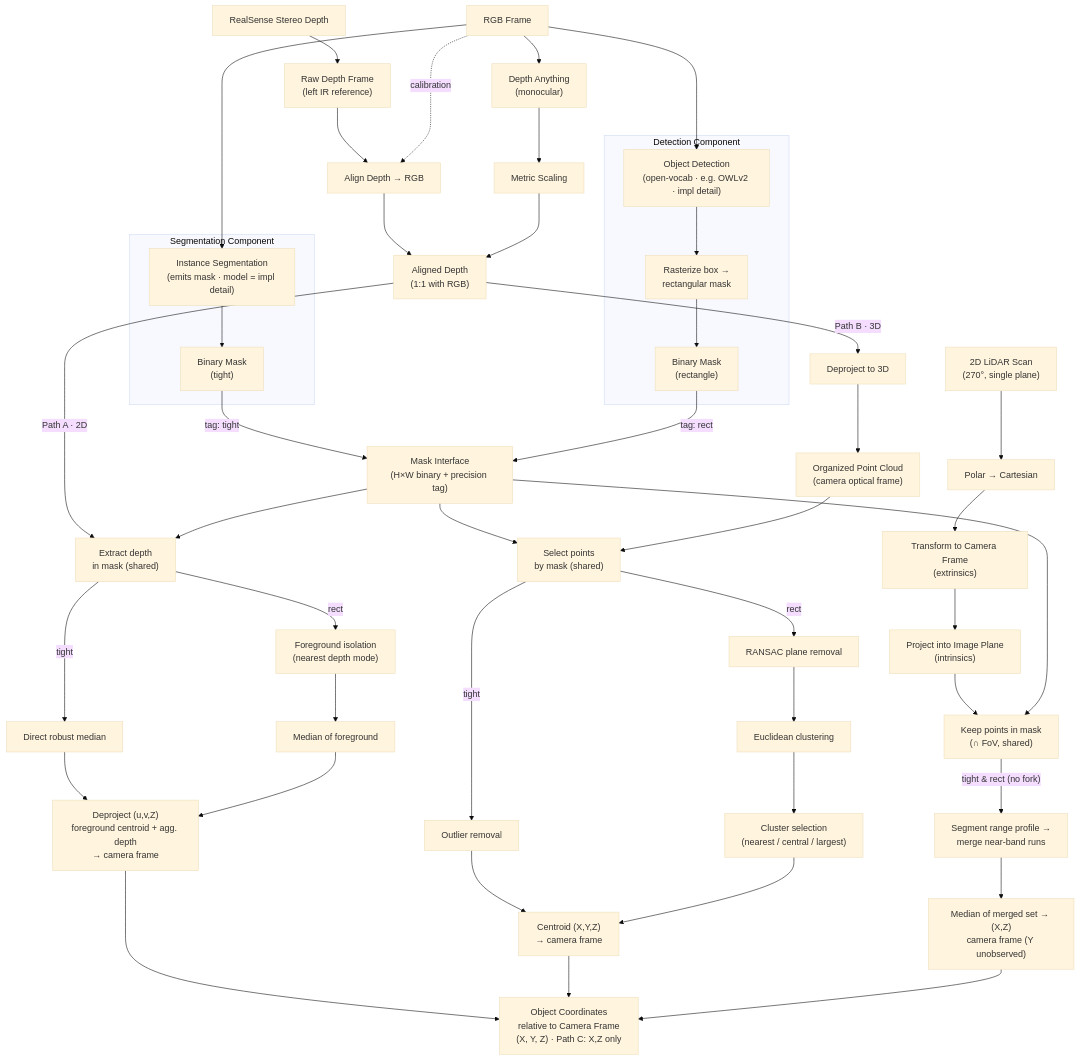
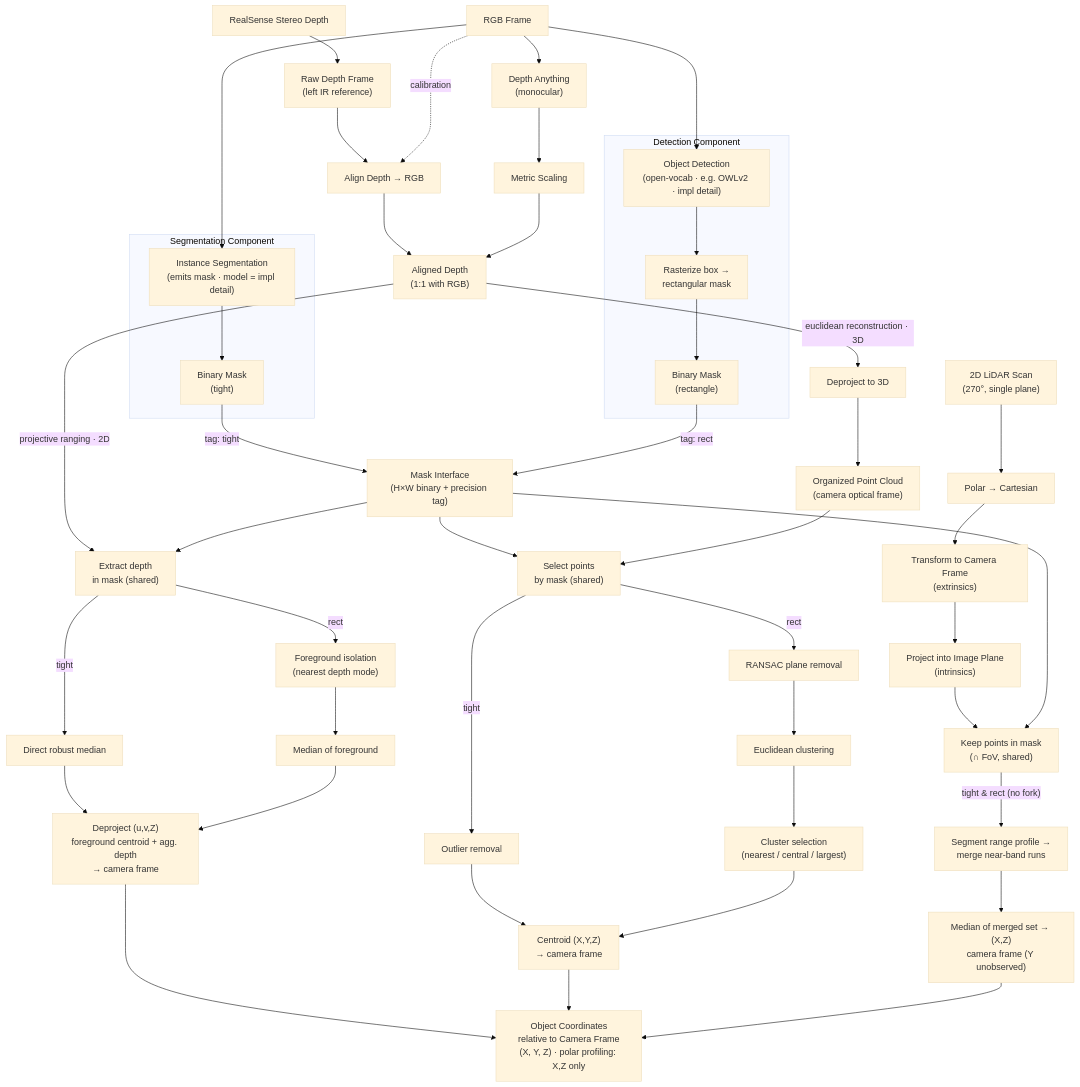
Before and after one commit to Cognitive-Software-Labs/DyNAMO-Ridgeback: the diagram in object_localization_documentation/Object_Localization_Pipeline.md, drawn with Mermaid (base theme). The commit also changed other lines of this file and 31 other files, not shown here.

````diff
--- a/object_localization_documentation/Object_Localization_Pipeline.md
+++ b/object_localization_documentation/Object_Localization_Pipeline.md
@@ -83,56 +83,56 @@
 ```mermaid
 flowchart TD
     RGB["RGB Frame"]
 
     subgraph SEGCOMP["Segmentation Component"]
         SEG["Instance Segmentation<br/>(emits mask · model = impl detail)"] --> MASK_S["Binary Mask<br/>(tight)"]
     end
     subgraph DETCOMP["Detection Component"]
         DET["Object Detection<br/>(open-vocab · e.g. OWLv2 · impl detail)"] --> RAST["Rasterize box →<br/>rectangular mask"]
         RAST --> MASK_B["Binary Mask<br/>(rectangle)"]
     end
     RGB --> SEG
     RGB --> DET
 
     MASK_S -->|"tag: tight"| IFACE["Mask Interface<br/>(H×W binary + precision tag)"]
     MASK_B -->|"tag: rect"| IFACE
 
     RGB --> DA["Depth Anything<br/>(monocular)"]
     STEREO["RealSense Stereo Depth"] --> RAW["Raw Depth Frame<br/>(left IR reference)"]
     RAW --> ALIGN["Align Depth → RGB"]
     RGB -.calibration.-> ALIGN
     ALIGN --> ALIGNED["Aligned Depth<br/>(1:1 with RGB)"]
     DA --> SCALE["Metric Scaling"]
     SCALE --> ALIGNED
 
-    ALIGNED -->|"Path A · 2D"| EXTRACT["Extract depth<br/>in mask (shared)"]
+    ALIGNED -->|"projective ranging · 2D"| EXTRACT["Extract depth<br/>in mask (shared)"]
     IFACE --> EXTRACT
     EXTRACT -->|tight| A_T["Direct robust median"]
     EXTRACT -->|rect| A_R["Foreground isolation<br/>(nearest depth mode)"]
     A_R --> A_R2["Median of foreground"]
     A_T --> A_COORD["Deproject (u,v,Z)<br/>foreground centroid + agg. depth<br/>→ camera frame"]
     A_R2 --> A_COORD
 
-    ALIGNED -->|"Path B · 3D"| DEPROJ["Deproject to 3D"]
+    ALIGNED -->|"euclidean reconstruction · 3D"| DEPROJ["Deproject to 3D"]
     DEPROJ --> CLOUD["Organized Point Cloud<br/>(camera optical frame)"]
     IFACE --> SELECT["Select points<br/>by mask (shared)"]
     CLOUD --> SELECT
     SELECT -->|tight| B_T["Outlier removal"]
     SELECT -->|rect| B_R1["RANSAC plane removal"]
     B_R1 --> B_R2["Euclidean clustering"]
     B_R2 --> B_R3["Cluster selection<br/>(nearest / central / largest)"]
     B_T --> B_COORD["Centroid (X,Y,Z)<br/>→ camera frame"]
     B_R3 --> B_COORD
 
     LIDAR["2D LiDAR Scan<br/>(270°, single plane)"] --> L_XY["Polar → Cartesian"]
     L_XY --> L_TF["Transform to Camera Frame<br/>(extrinsics)"]
     L_TF --> L_PROJ["Project into Image Plane<br/>(intrinsics)"]
     L_PROJ --> L_SEL["Keep points in mask<br/>(∩ FoV, shared)"]
     IFACE --> L_SEL
     L_SEL -->|"tight & rect (no fork)"| C_SEG["Segment range profile →<br/>merge near-band runs"]
     C_SEG --> C_COORD["Median of merged set → (X,Z)<br/>camera frame (Y unobserved)"]
 
-    A_COORD --> FINAL["Object Coordinates<br/>relative to Camera Frame<br/>(X, Y, Z) · Path C: X,Z only"]
+    A_COORD --> FINAL["Object Coordinates<br/>relative to Camera Frame<br/>(X, Y, Z) · polar profiling: X,Z only"]
     B_COORD --> FINAL
     C_COORD --> FINAL
 ```
````
